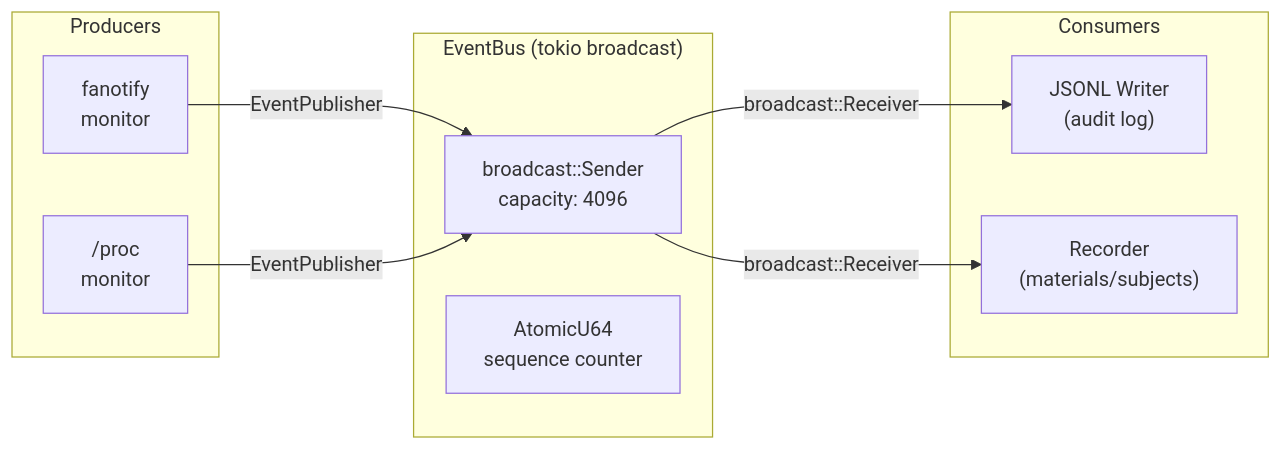
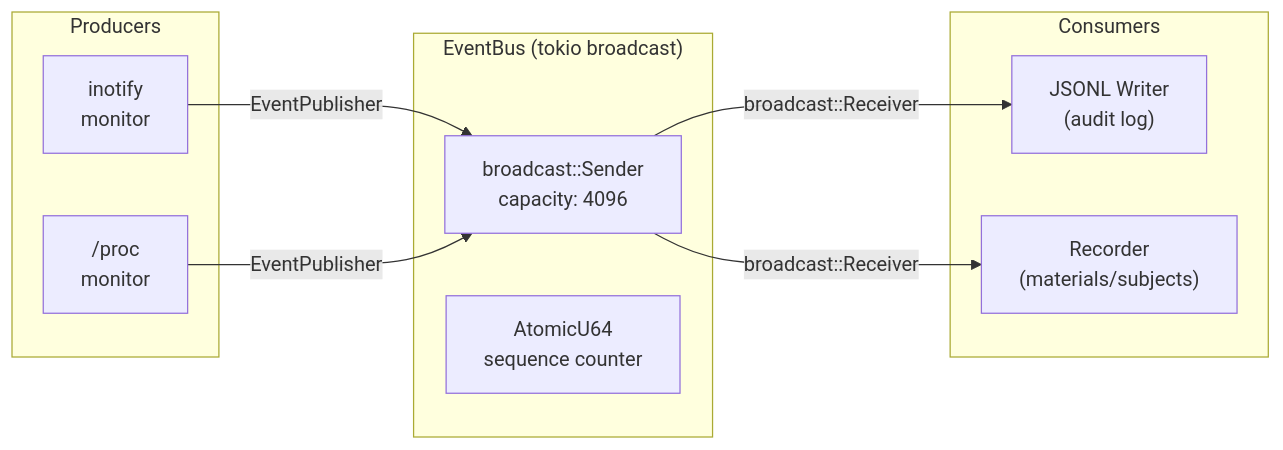
One commit to lexicone42/gleisner changed the sixth of 6 diagrams in docs/ARCHITECTURE.md. Above: the diagram before and after it, drawn with Mermaid. The commit also changed other lines of this file and 14 other files, not shown here.

First line of the commit message:
Replace fanotify with inotify + snapshot reconciliation

````diff
--- a/docs/ARCHITECTURE.md
+++ b/docs/ARCHITECTURE.md
@@ -644,22 +646,22 @@
 ```mermaid
 graph LR
     subgraph Producers
-        FS["fanotify<br/>monitor"]
+        FS["inotify<br/>monitor"]
         PROC["/proc<br/>monitor"]
     end
 
     subgraph "EventBus (tokio broadcast)"
         BUS["broadcast::Sender<br/>capacity: 4096"]
         SEQ["AtomicU64<br/>sequence counter"]
     end
 
     subgraph Consumers
         JSONL["JSONL Writer<br/>(audit log)"]
         REC["Recorder<br/>(materials/subjects)"]
     end
 
     FS -->|EventPublisher| BUS
     PROC -->|EventPublisher| BUS
     BUS -->|broadcast::Receiver| JSONL
     BUS -->|broadcast::Receiver| REC
 ```
````
